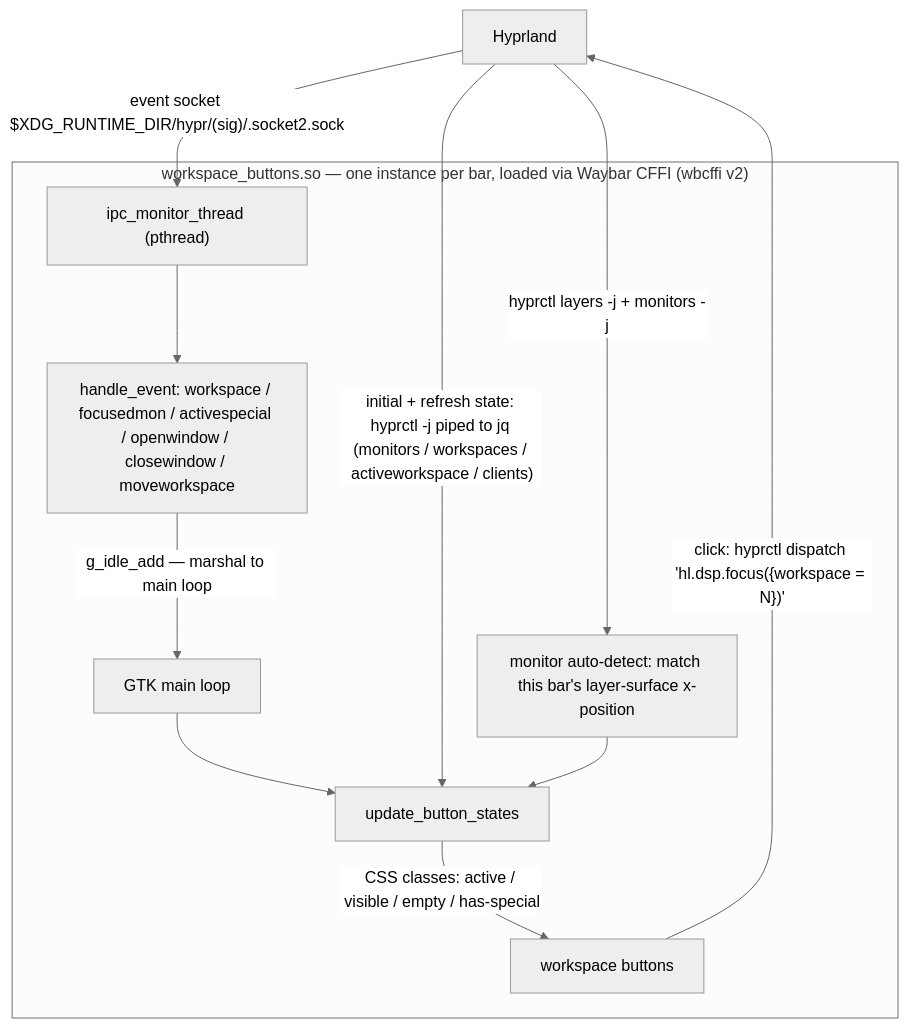
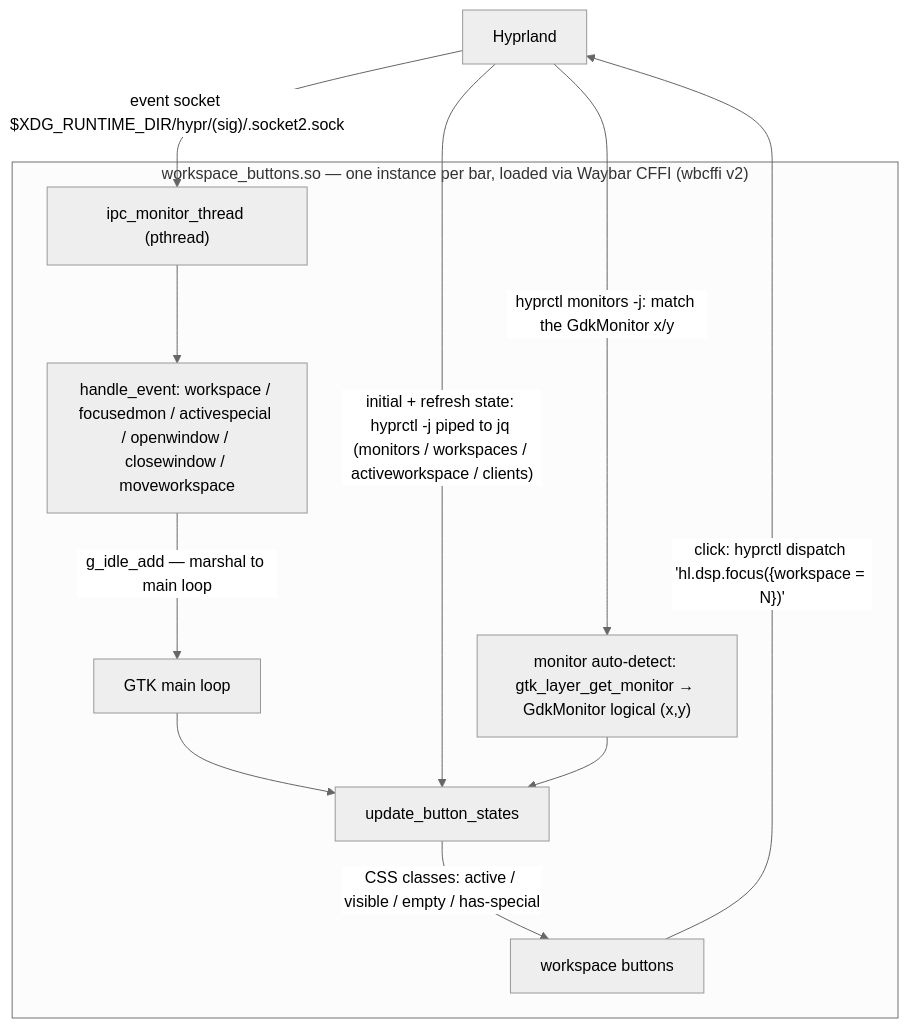
One commit to MasonRhodesDev/waybar-workspace-buttons changed the diagram in README.md. Above: the diagram before and after it, drawn with Mermaid (neutral theme). The commit also changed other lines of this file and 4 other files, not shown here.

````diff
--- a/README.md
+++ b/README.md
@@ -28,23 +28,23 @@
 ```mermaid
 flowchart TD
     HYPR["Hyprland"]
 
     subgraph MOD ["workspace_buttons.so — one instance per bar, loaded via Waybar CFFI (wbcffi v2)"]
         IPC["ipc_monitor_thread (pthread)"]
         EVT["handle_event: workspace / focusedmon / activespecial / openwindow / closewindow / moveworkspace"]
         LOOP["GTK main loop"]
         UPD["update_button_states"]
-        DETECT["monitor auto-detect: match this bar's layer-surface x-position"]
+        DETECT["monitor auto-detect: gtk_layer_get_monitor → GdkMonitor logical (x,y)"]
         BTN["workspace buttons"]
     end
 
     HYPR -->|"event socket $XDG_RUNTIME_DIR/hypr/(sig)/.socket2.sock"| IPC
     IPC --> EVT
     EVT -->|"g_idle_add — marshal to main loop"| LOOP
     LOOP --> UPD
     HYPR -->|"initial + refresh state: hyprctl -j piped to jq (monitors / workspaces / activeworkspace / clients)"| UPD
-    HYPR -->|"hyprctl layers -j + monitors -j"| DETECT
+    HYPR -->|"hyprctl monitors -j: match the GdkMonitor x/y"| DETECT
     DETECT --> UPD
     UPD -->|"CSS classes: active / visible / empty / has-special"| BTN
     BTN -->|"click: hyprctl dispatch 'hl.dsp.focus({workspace = N})'"| HYPR
 ```
````
